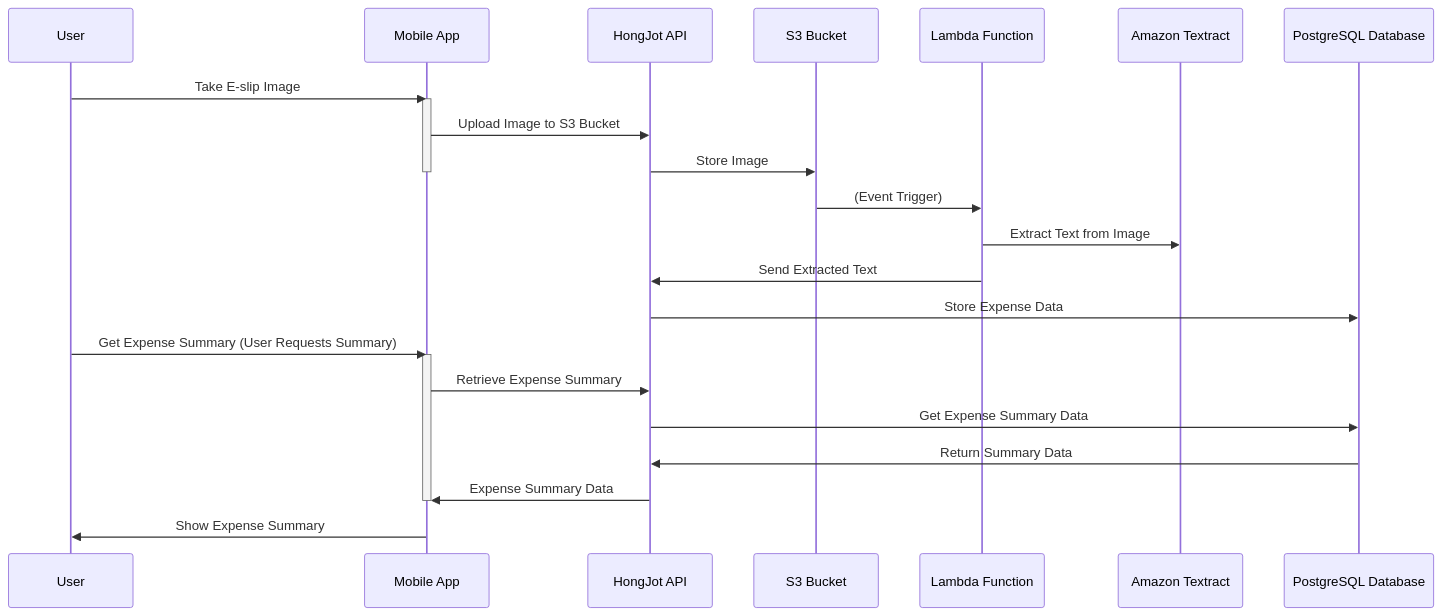
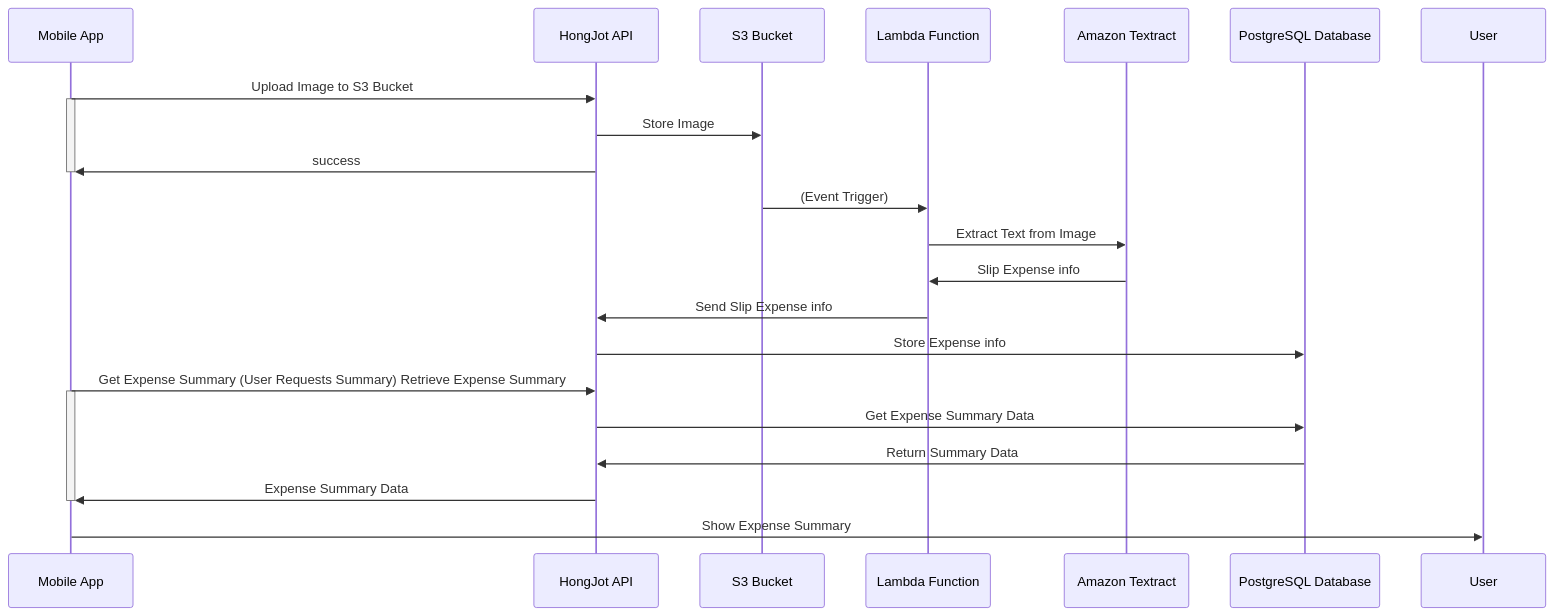
One commit to KKGo-Software-engineering/workshop-summer changed the diagram in Backlog.md. Above: the diagram before and after it, drawn with Mermaid.

````diff
--- a/Backlog.md
+++ b/Backlog.md
@@ -4,21 +4,22 @@
 ```mermaid
 sequenceDiagram
-  User->>Mobile App: Take E-slip Image
+  Mobile App->>HongJot API: Upload Image to S3 Bucket
   activate Mobile App
-  Mobile App->>HongJot API: Upload Image to S3 Bucket
   HongJot API->>S3 Bucket: Store Image
+  HongJot API->>Mobile App: success
   deactivate Mobile App
   S3 Bucket->>Lambda Function: (Event Trigger)
   Lambda Function->>Amazon Textract: Extract Text from Image
-  Lambda Function->>HongJot API: Send Extracted Text
-  HongJot API->>PostgreSQL Database: Store Expense Data
+  Amazon Textract->>Lambda Function: Slip Expense info
+  Lambda Function->>HongJot API: Send Slip Expense info
+  HongJot API->>PostgreSQL Database: Store Expense info
 
-  User->>Mobile App: Get Expense Summary (User Requests Summary)
+
+  Mobile App->>HongJot API: Get Expense Summary (User Requests Summary) Retrieve Expense Summary
   activate Mobile App
-  Mobile App->>HongJot API: Retrieve Expense Summary
   HongJot API->>PostgreSQL Database: Get Expense Summary Data
   PostgreSQL Database->>HongJot API: Return Summary Data
   HongJot API->>Mobile App: Expense Summary Data
   deactivate Mobile App
   Mobile App->>User: Show Expense Summary
 ```
````
